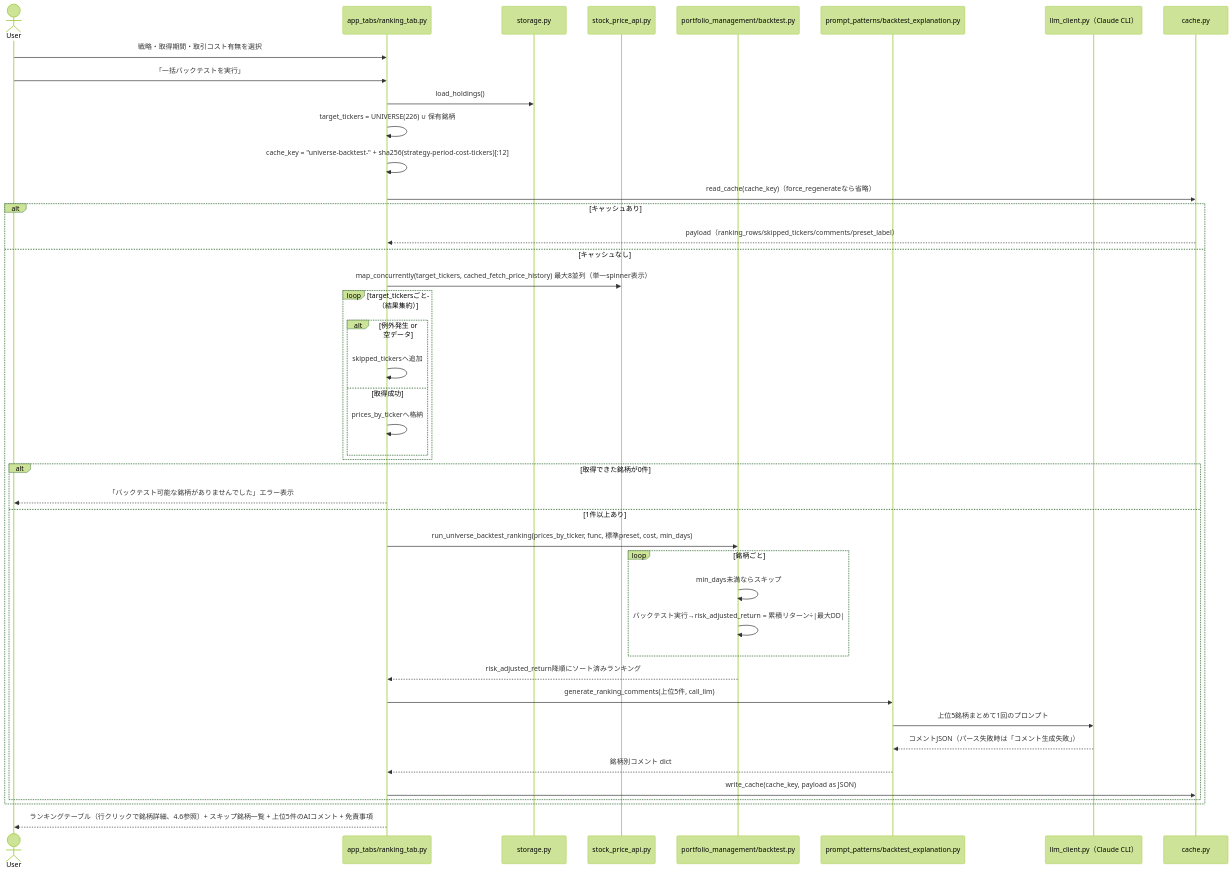
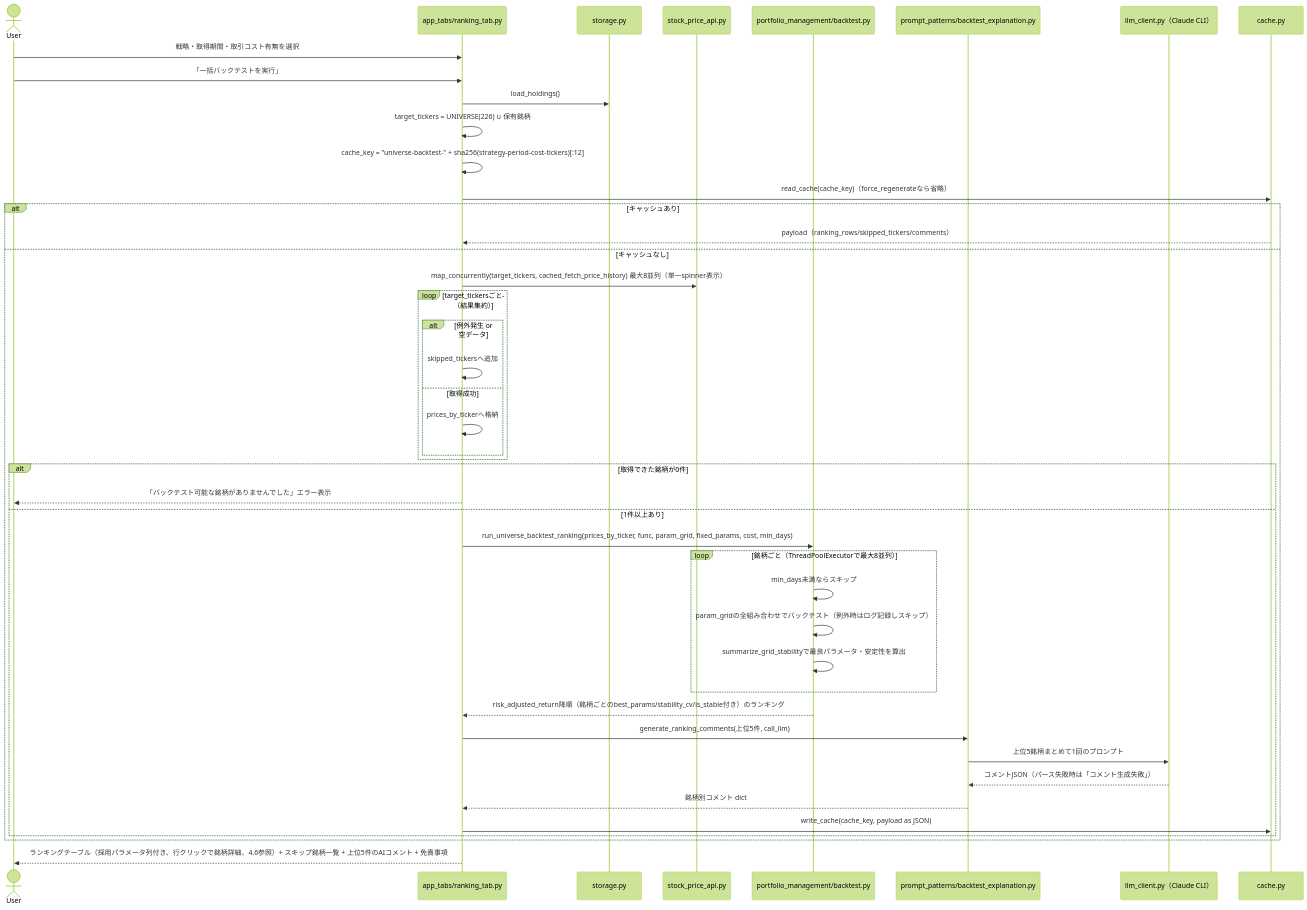
Before and after one commit to duwenji/ai-stock-investing-tutorial: the fifth of 10 diagrams in app/docs/app-design.md, drawn with Mermaid (forest theme). The commit also changed other lines of this file, not shown here.

````diff
--- a/app/docs/app-design.md
+++ b/app/docs/app-design.md
@@ -539,46 +544,47 @@
 ```mermaid
 sequenceDiagram
     actor User
     participant UI as app_tabs/ranking_tab.py
     participant Storage as storage.py
     participant PriceAPI as stock_price_api.py
     participant Backtest as portfolio_management/backtest.py
     participant BacktestP as prompt_patterns/backtest_explanation.py
     participant LLM as llm_client.py（Claude CLI）
     participant Cache as cache.py
 
     User->>UI: 戦略・取得期間・取引コスト有無を選択
     User->>UI: 「一括バックテストを実行」
     UI->>Storage: load_holdings()
     UI->>UI: target_tickers = UNIVERSE(226) ∪ 保有銘柄
     UI->>UI: cache_key = "universe-backtest-" + sha256(strategy-period-cost-tickers)[:12]
     UI->>Cache: read_cache(cache_key)（force_regenerateなら省略）
     alt キャッシュあり
-        Cache-->>UI: payload（ranking_rows/skipped_tickers/comments/preset_label）
+        Cache-->>UI: payload（ranking_rows/skipped_tickers/comments）
     else キャッシュなし
         UI->>PriceAPI: map_concurrently(target_tickers, cached_fetch_price_history) 最大8並列（単一spinner表示）
         loop target_tickersごと（結果集約）
             alt 例外発生 or 空データ
                 UI->>UI: skipped_tickersへ追加
             else 取得成功
                 UI->>UI: prices_by_tickerへ格納
             end
         end
         alt 取得できた銘柄が0件
             UI-->>User: 「バックテスト可能な銘柄がありませんでした」エラー表示
         else 1件以上あり
-            UI->>Backtest: run_universe_backtest_ranking(prices_by_ticker, func, 標準preset, cost, min_days)
-            loop 銘柄ごと
+            UI->>Backtest: run_universe_backtest_ranking(prices_by_ticker, func, param_grid, fixed_params, cost, min_days)
+            loop 銘柄ごと（ThreadPoolExecutorで最大8並列）
                 Backtest->>Backtest: min_days未満ならスキップ
-                Backtest->>Backtest: バックテスト実行→risk_adjusted_return = 累積リターン÷|最大DD|
+                Backtest->>Backtest: param_gridの全組み合わせでバックテスト（例外時はログ記録しスキップ）
+                Backtest->>Backtest: summarize_grid_stabilityで最良パラメータ・安定性を算出
             end
-            Backtest-->>UI: risk_adjusted_return降順にソート済みランキング
+            Backtest-->>UI: risk_adjusted_return降順（銘柄ごとのbest_params/stability_cv/is_stable付き）のランキング
             UI->>BacktestP: generate_ranking_comments(上位5件, call_llm)
             BacktestP->>LLM: 上位5銘柄まとめて1回のプロンプト
             LLM-->>BacktestP: コメントJSON（パース失敗時は「コメント生成失敗」）
             BacktestP-->>UI: 銘柄別コメント dict
             UI->>Cache: write_cache(cache_key, payload as JSON)
         end
     end
-    UI-->>User: ランキングテーブル（行クリックで銘柄詳細、4.6参照）+ スキップ銘柄一覧 + 上位5件のAIコメント + 免責事項
+    UI-->>User: ランキングテーブル（採用パラメータ列付き、行クリックで銘柄詳細、4.6参照）+ スキップ銘柄一覧 + 上位5件のAIコメント + 免責事項
 ```
````
